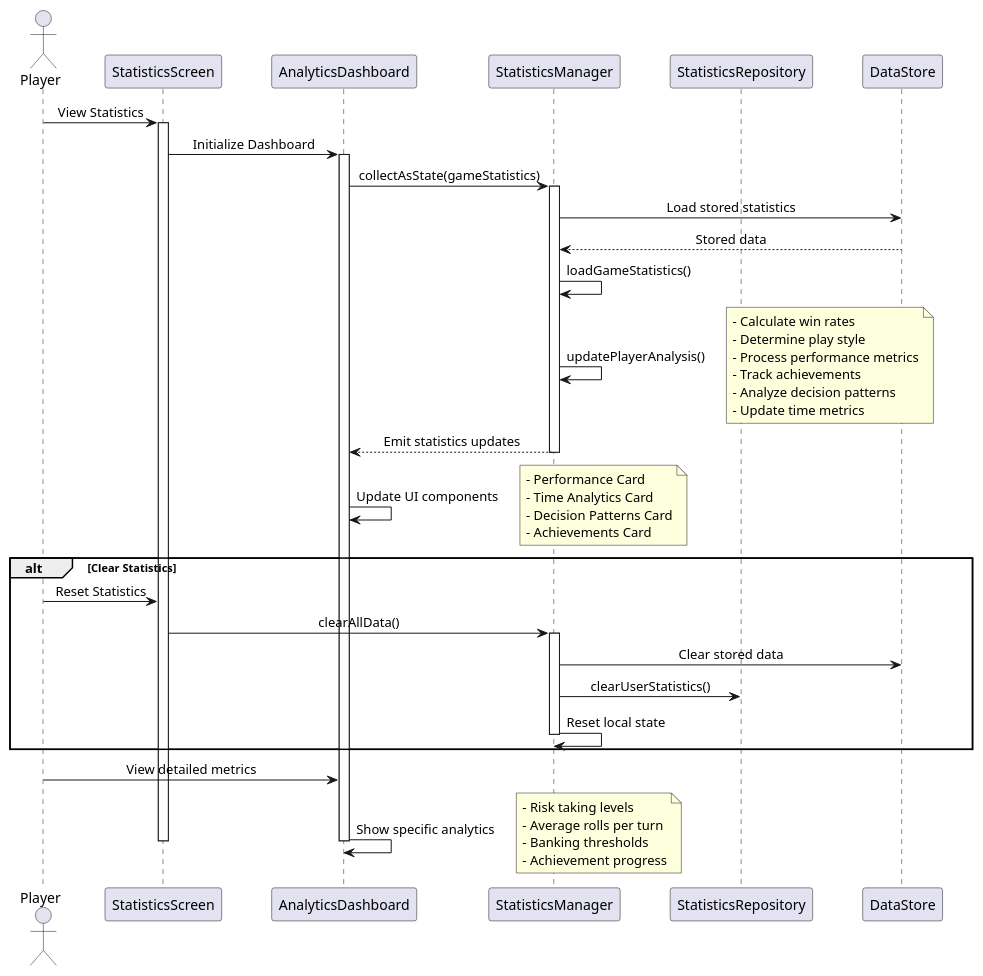
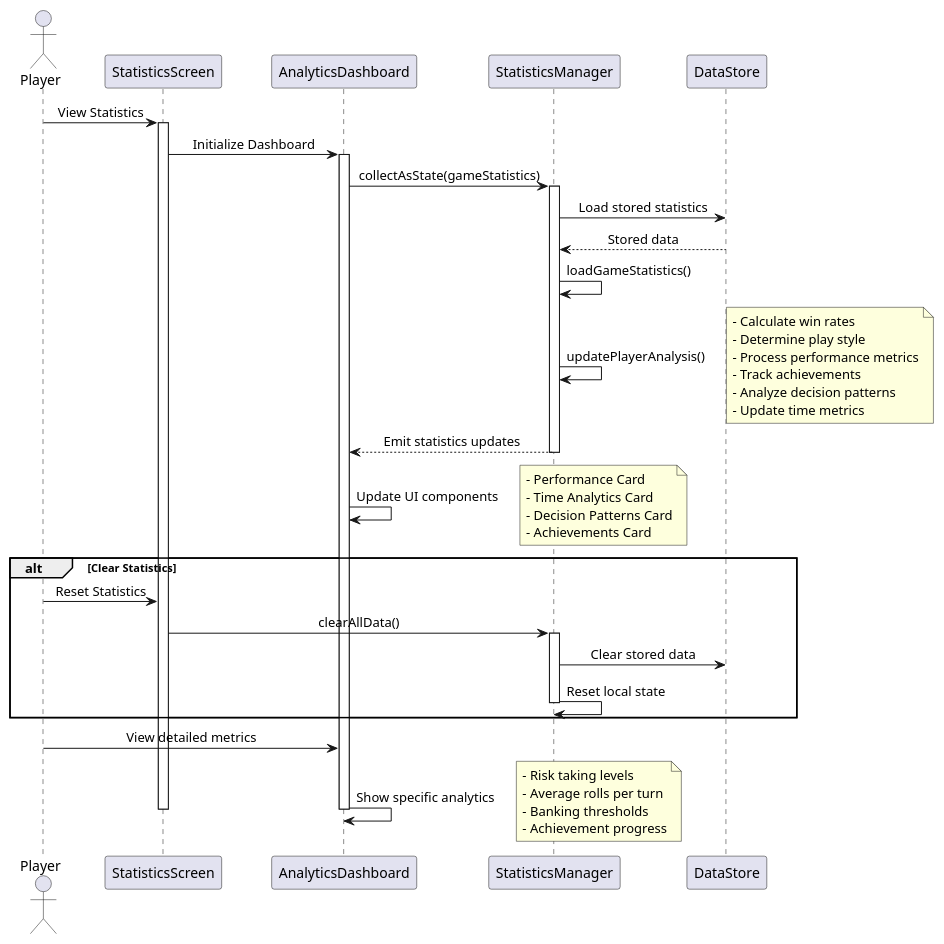
Before and after one commit to Mayokun-Sofowora/kavi-documentation: the diagram in uml/source/analysis flow.puml, drawn with PlantUML. The commit also changed 28 other files, not shown here.

```diff
--- a/uml/source/analysis flow.puml
+++ b/uml/source/analysis flow.puml
@@ -1,69 +1,67 @@
 @startuml analysis_flow
 
 skinparam sequenceMessageAlign center
 skinparam ParticipantPadding 20
 
 actor Player
 participant "StatisticsScreen" as StatsUI
 participant "AnalyticsDashboard" as Dashboard
 participant "StatisticsManager" as Stats
-participant "StatisticsRepository" as Repo
 participant "DataStore" as Store
 
 Player -> StatsUI: View Statistics
 activate StatsUI
 
 StatsUI -> Dashboard: Initialize Dashboard
 activate Dashboard
 
 Dashboard -> Stats: collectAsState(gameStatistics)
 activate Stats
 
 Stats -> Store: Load stored statistics
 Store --> Stats: Stored data
 
 Stats -> Stats: loadGameStatistics()
 Stats -> Stats: updatePlayerAnalysis()
 note right
   - Calculate win rates
   - Determine play style
   - Process performance metrics
   - Track achievements
   - Analyze decision patterns
   - Update time metrics
 end note
 
 Stats --> Dashboard: Emit statistics updates
 deactivate Stats
 
 Dashboard -> Dashboard: Update UI components
 note right
   - Performance Card
   - Time Analytics Card
   - Decision Patterns Card
   - Achievements Card
 end note
 
 alt Clear Statistics
     Player -> StatsUI: Reset Statistics
     StatsUI -> Stats: clearAllData()
     activate Stats
     Stats -> Store: Clear stored data
-    Stats -> Repo: clearUserStatistics()
     Stats -> Stats: Reset local state
     deactivate Stats
 end
 
 Player -> Dashboard: View detailed metrics
 Dashboard -> Dashboard: Show specific analytics
 note right
   - Risk taking levels
   - Average rolls per turn
   - Banking thresholds
   - Achievement progress
 end note
 
 deactivate Dashboard
 deactivate StatsUI
 
 @enduml
```
